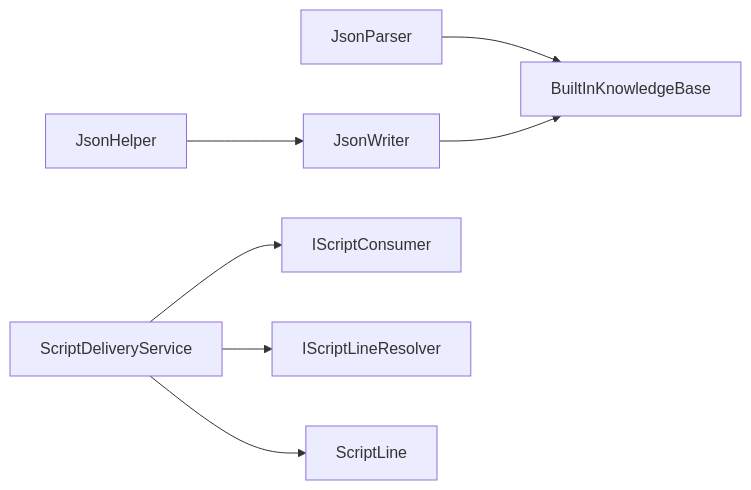
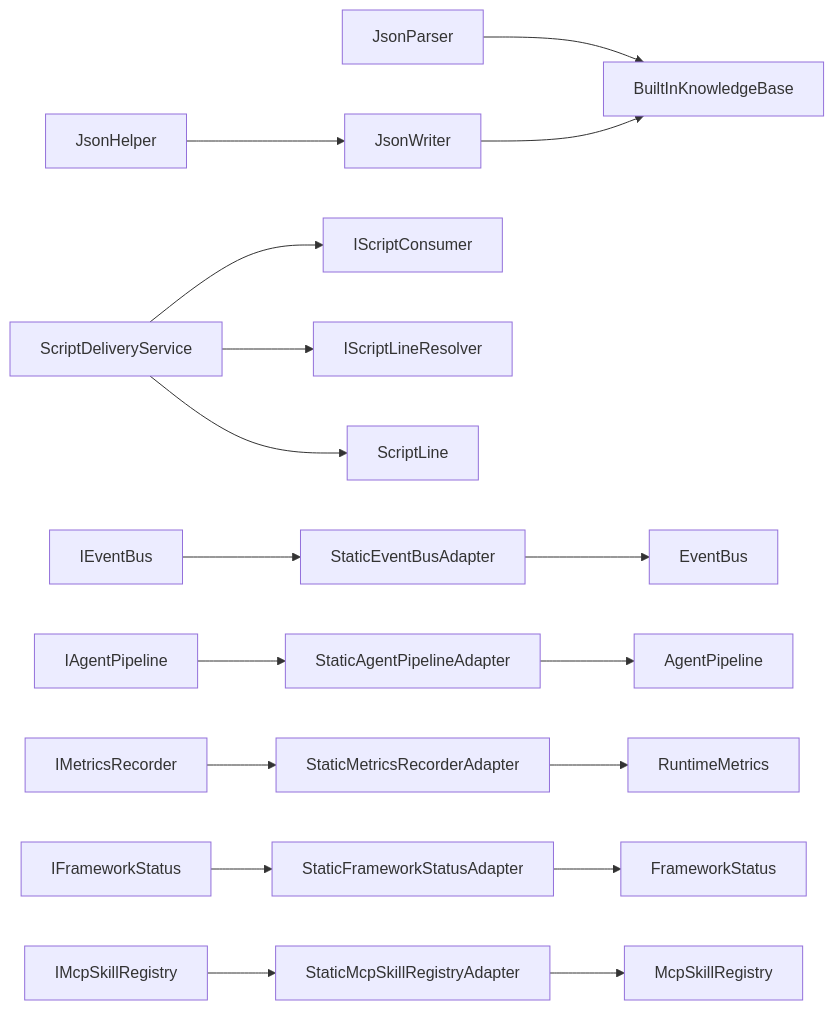
Before and after one commit to suzvka/NPCLife: the fourth of 4 diagrams in .qoder/repowiki/zh/content/API参考文档/框架接口.md, drawn with Mermaid. The commit also changed other lines of this file and 28 other files, not shown here.

````diff
--- a/.qoder/repowiki/zh/content/API参考文档/框架接口.md
+++ b/.qoder/repowiki/zh/content/API参考文档/框架接口.md
@@ -331,9 +426,19 @@
 ```mermaid
 graph LR
 JsonHelper --> JsonWriter
 JsonParser --> BuiltInKnowledgeBase
 JsonWriter --> BuiltInKnowledgeBase
 ScriptDeliveryService --> IScriptConsumer
 ScriptDeliveryService --> IScriptLineResolver
 ScriptDeliveryService --> ScriptLine
+IEventBus --> StaticEventBusAdapter
+IAgentPipeline --> StaticAgentPipelineAdapter
+IMetricsRecorder --> StaticMetricsRecorderAdapter
+IFrameworkStatus --> StaticFrameworkStatusAdapter
+IMcpSkillRegistry --> StaticMcpSkillRegistryAdapter
+StaticEventBusAdapter --> EventBus
+StaticAgentPipelineAdapter --> AgentPipeline
+StaticMetricsRecorderAdapter --> RuntimeMetrics
+StaticFrameworkStatusAdapter --> FrameworkStatus
+StaticMcpSkillRegistryAdapter --> McpSkillRegistry
 ```
````
